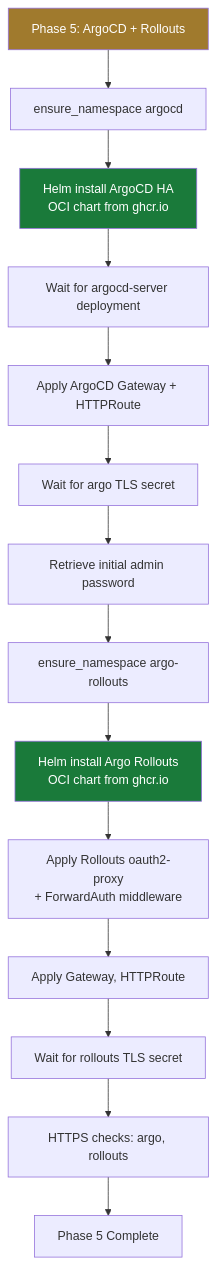
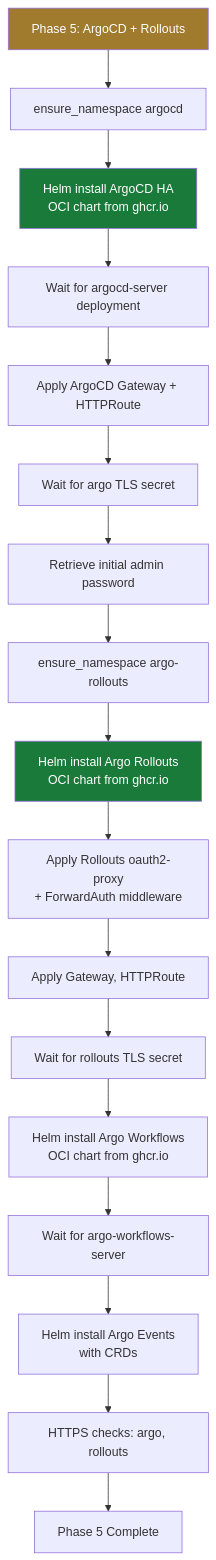
One commit to derhornspieler/harvester-rke2-platform changed the ninth of 23 diagrams in docs/engineering/deployment-automation.md. Above: the diagram before and after it, drawn with Mermaid. The commit also changed other lines of this file and 163 other files, not shown here.

````diff
--- a/docs/engineering/deployment-automation.md
+++ b/docs/engineering/deployment-automation.md
@@ -610,23 +613,26 @@
 ```mermaid
 flowchart TD
     START["Phase 5: ArgoCD + Rollouts"] --> ARGONS["ensure_namespace argocd"]
     ARGONS --> ARGOCD["Helm install ArgoCD HA<br/>OCI chart from ghcr.io"]
     ARGOCD --> ARGOWAIT["Wait for argocd-server deployment"]
     ARGOWAIT --> ARGOGW["Apply ArgoCD Gateway + HTTPRoute"]
     ARGOGW --> ARGOTLS["Wait for argo TLS secret"]
     ARGOTLS --> ARGOPASS["Retrieve initial admin password"]
 
     ARGOPASS --> ROLLNS["ensure_namespace argo-rollouts"]
     ROLLNS --> ROLLOUTS["Helm install Argo Rollouts<br/>OCI chart from ghcr.io"]
     ROLLOUTS --> ROLLOAUTH["Apply Rollouts oauth2-proxy<br/>+ ForwardAuth middleware"]
     ROLLOAUTH --> ROLLGW["Apply Gateway, HTTPRoute"]
     ROLLGW --> ROLLTLS["Wait for rollouts TLS secret"]
 
-    ROLLTLS --> HTTPS["HTTPS checks: argo, rollouts"]
+    ROLLTLS --> WFNS["Helm install Argo Workflows<br/>OCI chart from ghcr.io"]
+    WFNS --> WFWAIT["Wait for argo-workflows-server"]
+    WFWAIT --> EVNS["Helm install Argo Events<br/>with CRDs"]
+    EVNS --> HTTPS["HTTPS checks: argo, rollouts"]
 
     HTTPS --> DONE["Phase 5 Complete"]
 
     style START fill:#a07a2d,color:#fff
     style ARGOCD fill:#1a7a3a,color:#fff
     style ROLLOUTS fill:#1a7a3a,color:#fff
 ```
````
